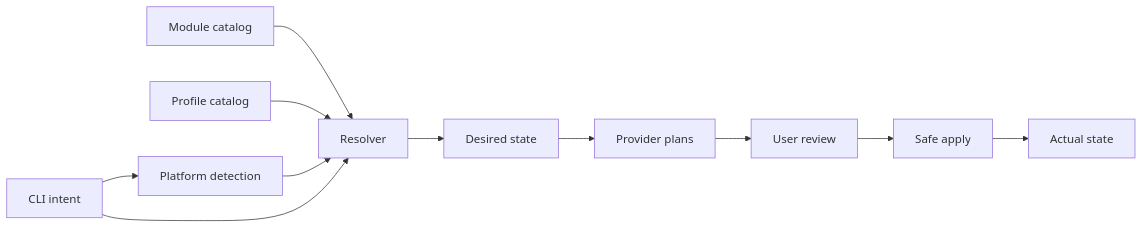
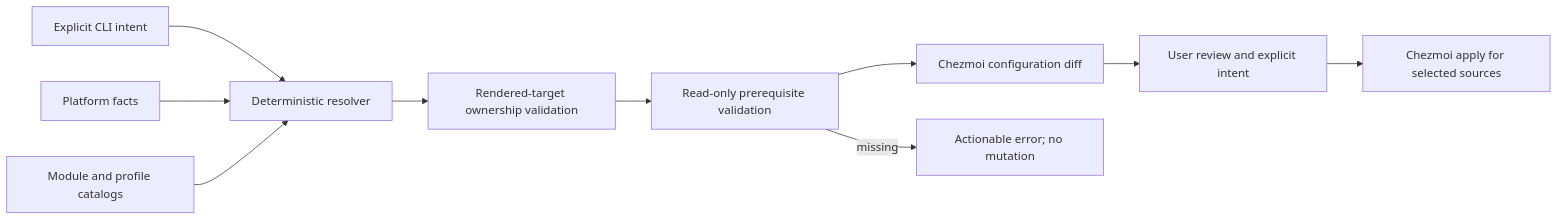
The diagram in docs/architecture.md (mlznlv/dotfiles), drawn with Mermaid before and after one commit. The commit also changed other lines of this file and 18 other files, not shown here.

Commit message:
docs: propose configuration-only modules

```diff
--- a/docs/architecture.md
+++ b/docs/architecture.md
@@ -24,13 +34,12 @@
 ~~~mermaid
 flowchart LR
-    A["CLI intent"] --> B["Platform detection"]
-    C["Module catalog"] --> D["Resolver"]
-    E["Profile catalog"] --> D
-    B --> D
-    A --> D
-    D --> F["Desired state"]
-    F --> G["Provider plans"]
-    G --> H["User review"]
-    H --> I["Safe apply"]
-    I --> J["Actual state"]
+    A["Explicit CLI intent"] --> D["Deterministic resolver"]
+    B["Platform facts"] --> D
+    C["Module and profile catalogs"] --> D
+    D --> E["Rendered-target ownership validation"]
+    E --> F["Read-only prerequisite validation"]
+    F --> G["Chezmoi configuration diff"]
+    G --> H["User review and explicit intent"]
+    H --> I["Chezmoi apply for selected sources"]
+    F -->|"missing"| J["Actionable error; no mutation"]
 ~~~
```
